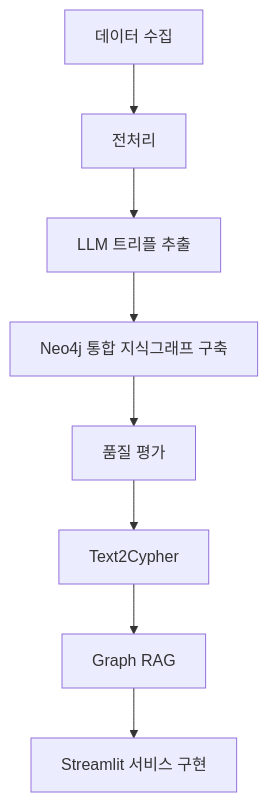
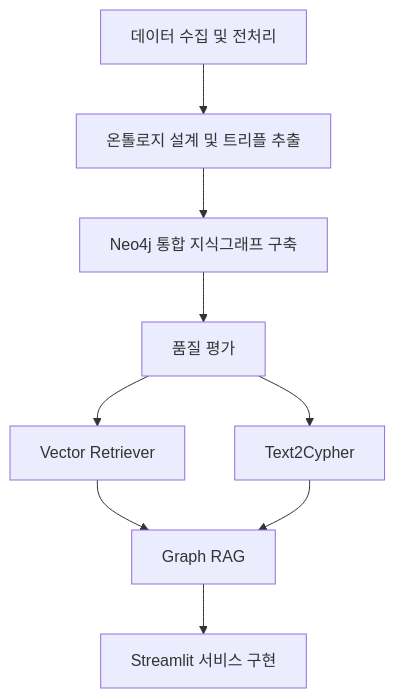
The diagram in README.md (encore-ai-campus/mle-01-p2-team3), drawn with Mermaid before and after one commit. The commit also changed other lines of this file, not shown here.

````diff
--- a/README.md
+++ b/README.md
@@ -74,10 +75,12 @@
 ```mermaid
 flowchart TD
-    A["데이터 수집"] --> B["전처리"]
-    B --> C["LLM 트리플 추출"]
-    C --> D["Neo4j 통합 지식그래프 구축"]
-    D --> E["품질 평가"]
+    A["데이터 수집 및 전처리"]
+    A --> B["온톨로지 설계 및 트리플 추출"]
+    B --> D["Neo4j 통합 지식그래프 구축"]
+    D --> E["품질 평가"] 
+    E --> J["Vector Retriever"]
     E --> F["Text2Cypher"]
+    J --> G
     F --> G["Graph RAG"]
     G --> H["Streamlit 서비스 구현"]
 ```
````
